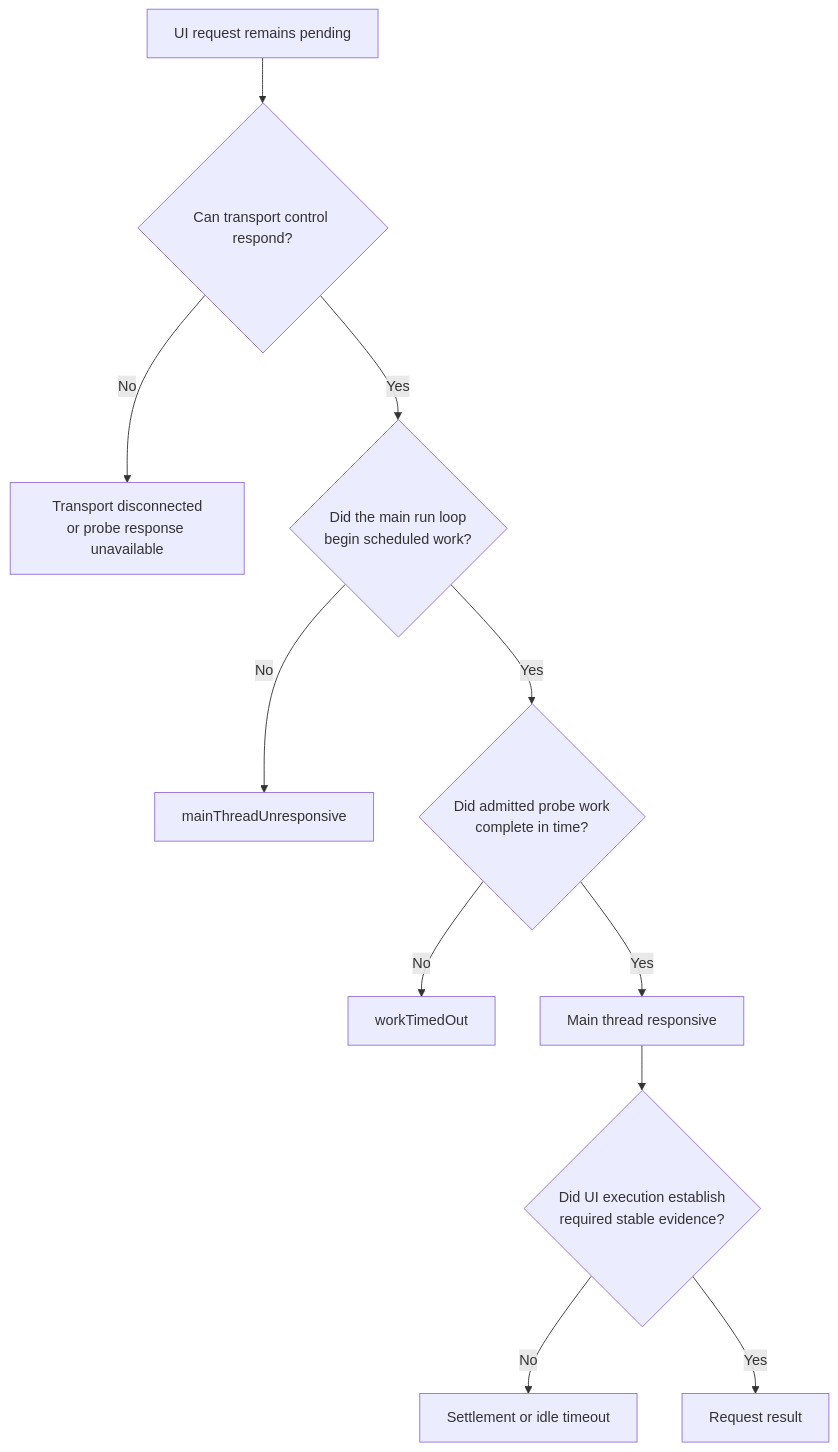
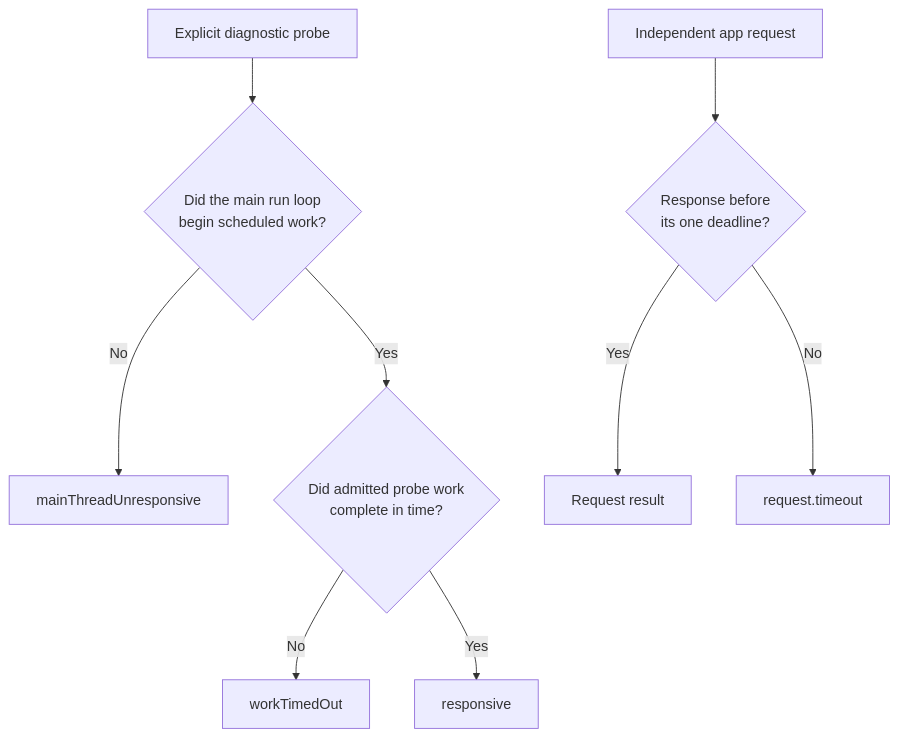
The second of 2 diagrams in docs/diagrams/transport-control-plane.md (RoyalPineapple/TheButtonHeist), drawn with Mermaid before and after one commit. The commit also changed other lines of this file and 13 other files, not shown here.

Commit message:
Keep main-thread probes explicit

````diff
--- a/docs/diagrams/transport-control-plane.md
+++ b/docs/diagrams/transport-control-plane.md
@@ -56,13 +56,12 @@
 ```mermaid
 flowchart TD
-    PENDING["UI request remains pending"] --> CONNECTION{"Can transport control respond?"}
-    CONNECTION -- "No" --> DISCONNECTED["Transport disconnected<br/>or probe response unavailable"]
-    CONNECTION -- "Yes" --> BEGAN{"Did the main run loop<br/>begin scheduled work?"}
+    PROBE["Explicit diagnostic probe"] --> BEGAN{"Did the main run loop<br/>begin scheduled work?"}
     BEGAN -- "No" --> UNRESPONSIVE["mainThreadUnresponsive"]
     BEGAN -- "Yes" --> COMPLETED{"Did admitted probe work<br/>complete in time?"}
     COMPLETED -- "No" --> WORK["workTimedOut"]
-    COMPLETED -- "Yes" --> UI["Main thread responsive"]
-    UI --> SETTLED{"Did UI execution establish<br/>required stable evidence?"}
-    SETTLED -- "No" --> SETTLEMENT["Settlement or idle timeout"]
-    SETTLED -- "Yes" --> SUCCESS["Request result"]
+    COMPLETED -- "Yes" --> RESPONSIVE["responsive"]
+
+    REQUEST["Independent app request"] --> TERMINAL{"Response before<br/>its one deadline?"}
+    TERMINAL -- "Yes" --> RESULT["Request result"]
+    TERMINAL -- "No" --> TIMEOUT["request.timeout"]
 ```
````
